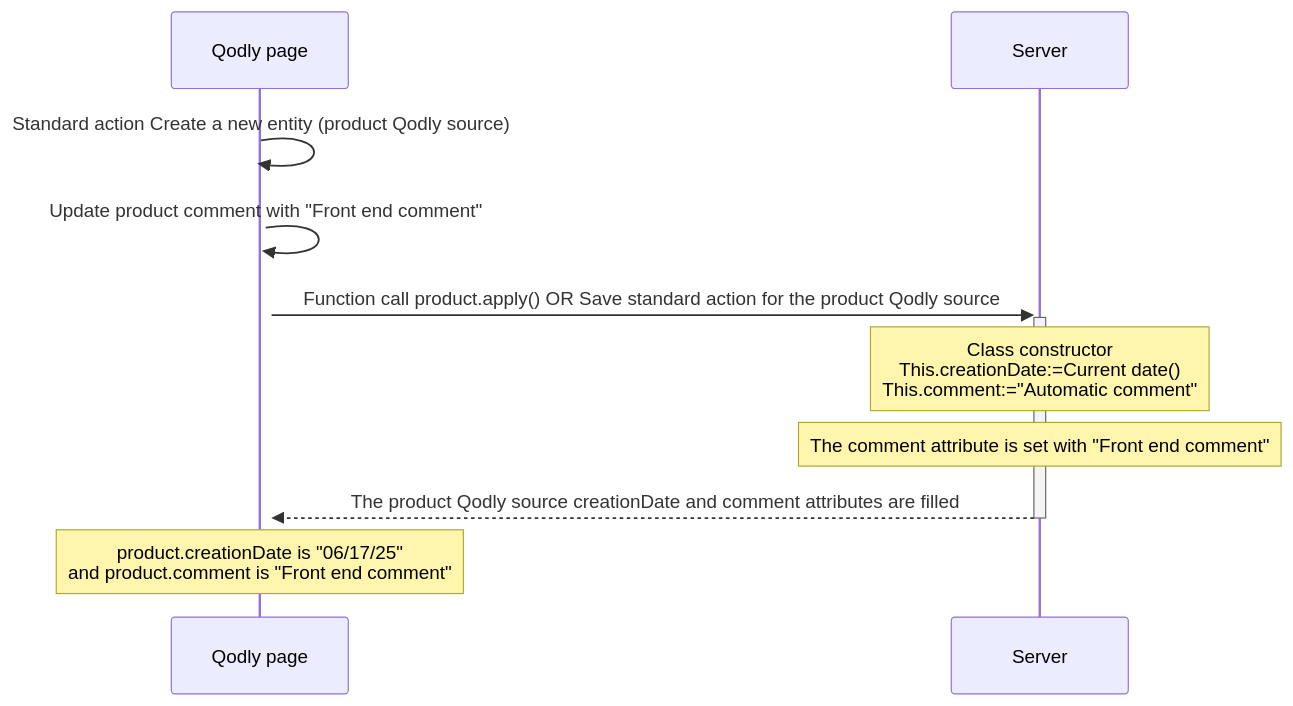
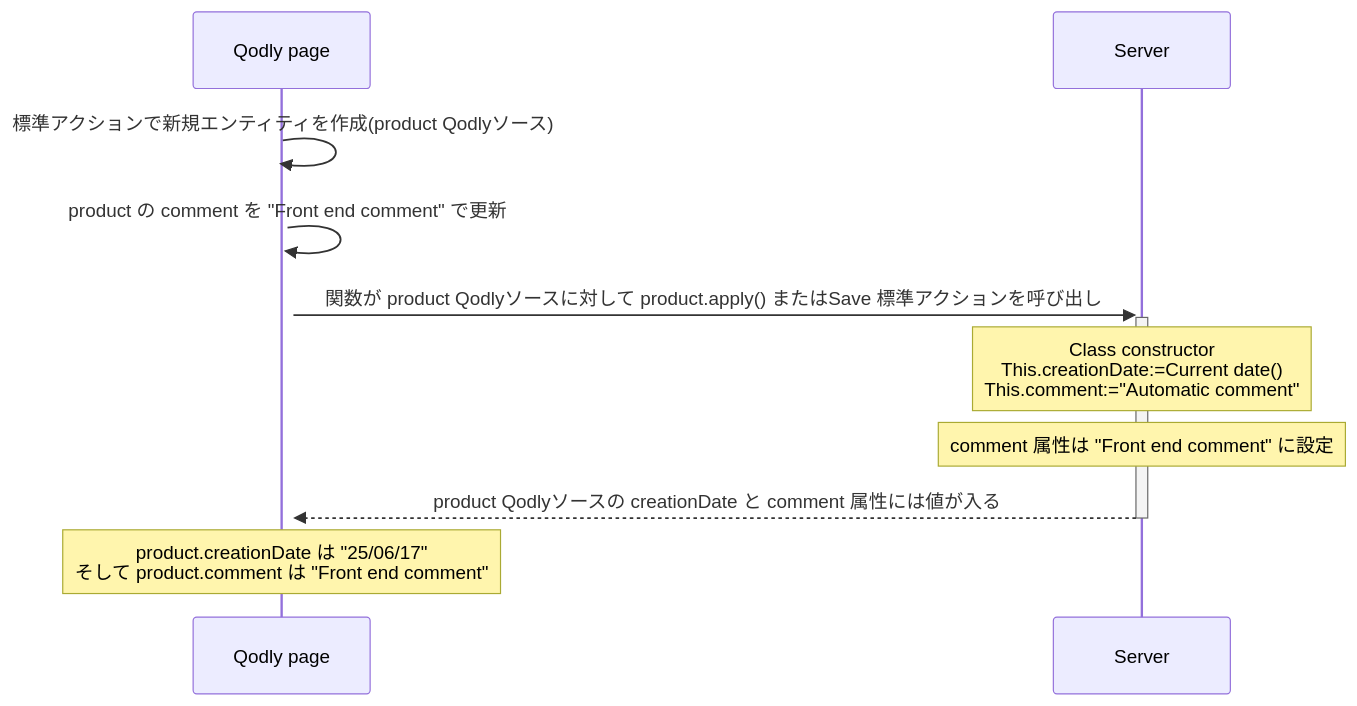
Before and after one commit to 4d/docs: the third of 4 diagrams in i18n/ja/docusaurus-plugin-content-docs/version-20-R10/ORDA/ordaClasses.md, drawn with Mermaid. The commit also changed other lines of this file and 731 other files, not shown here.

````diff
--- a/i18n/ja/docusaurus-plugin-content-docs/version-20-R10/ORDA/ordaClasses.md
+++ b/i18n/ja/docusaurus-plugin-content-docs/version-20-R10/ORDA/ordaClasses.md
@@ -414,19 +414,19 @@
 ```mermaid
 
 sequenceDiagram
 
-Qodly page->>+ Qodly page: Standard action Create a new entity (product Qodly source)
+Qodly page->>+ Qodly page: 標準アクションで新規エンティティを作成(product Qodlyソース)
 
-Qodly page->>+ Qodly page: Update product comment with "Front end comment"
+Qodly page->>+ Qodly page: product の comment を "Front end comment" で更新
 
-Qodly page->>+Server: Function call product.apply() OR Save standard action for the product Qodly source
+Qodly page->>+Server: 関数が product Qodlyソースに対して product.apply() またはSave 標準アクションを呼び出し
 
 Note over Server: Class constructor <br> This.creationDate:=Current date() <br>This.comment:="Automatic comment"
 
-Note over Server: The comment attribute is set with "Front end comment"
+Note over Server: comment 属性は "Front end comment" に設定
 
-Server-->>-Qodly page: The product Qodly source creationDate and comment attributes are filled
+Server-->>-Qodly page: product Qodlyソースの creationDate と comment 属性には値が入る
 
-Note over Qodly page: product.creationDate is "06/17/25" <br> and product.comment is "Front end comment"
+Note over Qodly page: product.creationDate は "25/06/17" <br> そして product.comment は "Front end comment"
 
 ```
````
